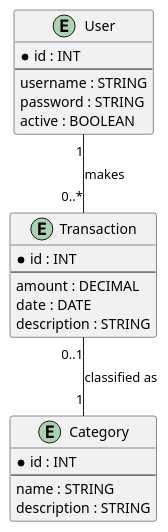
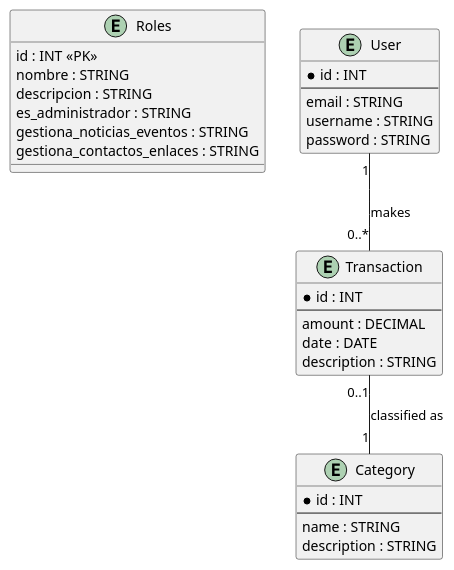
Before and after one commit to davidenriquehm98/backend-notices-app: the diagram in Diagramas/entidadrelacion.plantuml, drawn with PlantUML. The commit also changed 4 other files, not shown here.

Commit message:
actualizar diagramas

```diff
--- a/Diagramas/entidadrelacion.plantuml
+++ b/Diagramas/entidadrelacion.plantuml
@@ -1,31 +1,40 @@
 @startuml
 
 ' Definición de entidades
+entity "Roles" as roles {
+    id : INT <<PK>>
+    nombre : STRING
+    descripcion : STRING
+    es_administrador : STRING
+    gestiona_noticias_eventos : STRING
+    gestiona_contactos_enlaces : STRING
+}
+
 entity "User" as user {
     * id : INT
     --
+    email : STRING
     username : STRING
     password : STRING
-    active : BOOLEAN
 }
 
 entity "Transaction" as transaction {
     * id : INT
     --
     amount : DECIMAL
     date : DATE
     description : STRING
 }
 
 entity "Category" as category {
     * id : INT
     --
     name : STRING
     description : STRING
 }
 
 ' Relaciones
 user "1" -- "0..*" transaction : "makes"
 transaction "0..1" -- "1" category : "classified as"
 
 @enduml
```
